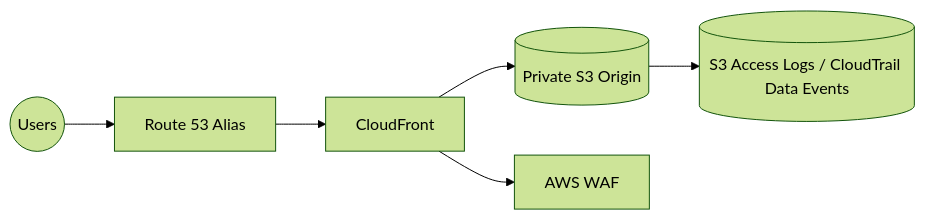
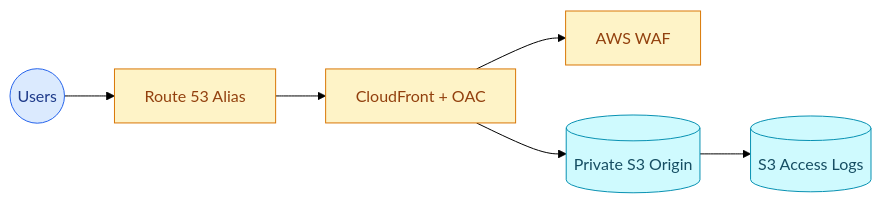
The second of 11 diagrams in AWS/02-architecture/architecture-patterns.md (dinhnhatnguyen/Map_di_phong_van), drawn with Mermaid (forest theme) before and after one commit. The commit also changed other lines of this file and 1 other file, not shown here.

Commit message:
docs: Enhance architecture patterns documentation with improved mermaid diagrams and additional details

````diff
--- a/AWS/02-architecture/architecture-patterns.md
+++ b/AWS/02-architecture/architecture-patterns.md
@@ -47,8 +62,12 @@
 ```mermaid
 flowchart LR
-    User((Users)) --> R53[Route 53 Alias]
-    R53 --> CF[CloudFront]
-    CF --> S3[(Private S3 Origin)]
-    CF --> WAF[AWS WAF]
-    S3 --> Logs[(S3 Access Logs / CloudTrail Data Events)]
+    classDef internet fill:#dbeafe,stroke:#2563eb,color:#1e3a8a
+    classDef edge    fill:#fef3c7,stroke:#d97706,color:#92400e
+    classDef storage fill:#cffafe,stroke:#0891b2,color:#164e63
+
+    User((Users)):::internet --> R53[Route 53 Alias]:::edge
+    R53 --> CF[CloudFront + OAC]:::edge
+    CF --> WAF[AWS WAF]:::edge
+    CF --> S3[(Private S3 Origin)]:::storage
+    S3 --> Logs[(S3 Access Logs)]:::storage
 ```
````
